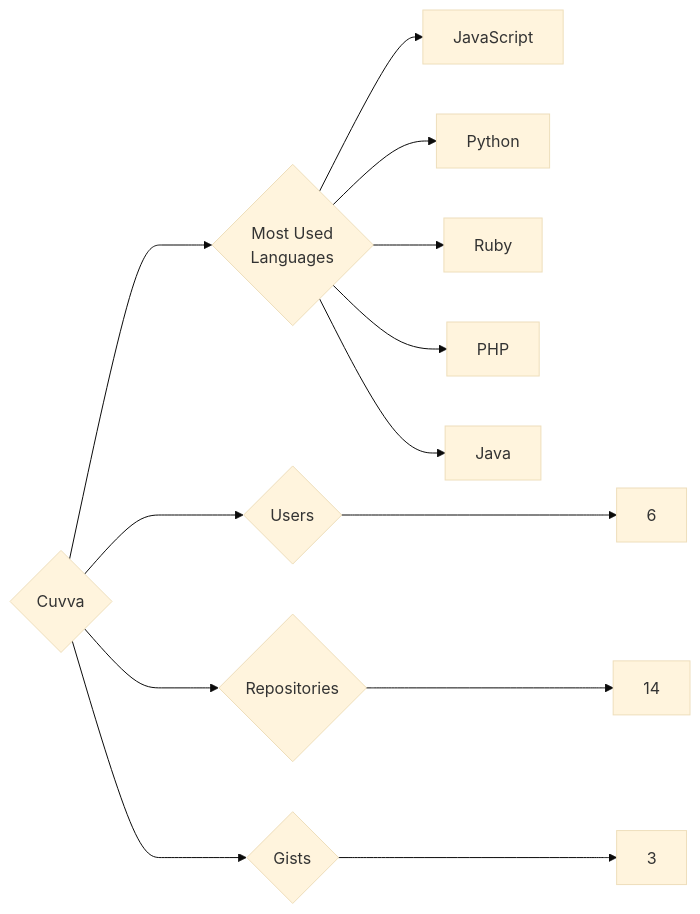
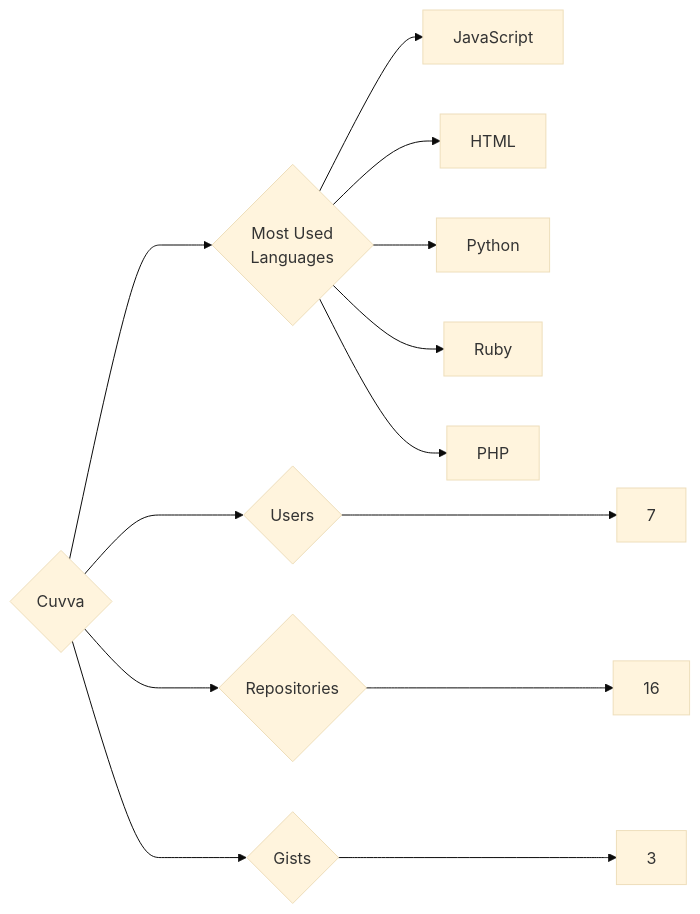
The diagram in targets/Cuvva/README.md (trickest/insiders), drawn with Mermaid (base theme) before and after one commit. The commit also changed 1167 other files, not shown here.

````diff
--- a/targets/Cuvva/README.md
+++ b/targets/Cuvva/README.md
@@ -3,13 +3,13 @@
 ```mermaid
 graph LR
 COMPANY_NAME{Cuvva}
-COMPANY_NAME ---> U{Users} ---> UN[6]
-COMPANY_NAME ---> R{Repositories} ---> RN[14]
+COMPANY_NAME ---> U{Users} ---> UN[7]
+COMPANY_NAME ---> R{Repositories} ---> RN[16]
 COMPANY_NAME ---> G{Gists} ---> GN[3]
 COMPANY_NAME ---> ML{Most Used<br>Languages}
 ML --> JavaScript[JavaScript]
+ML --> HTML[HTML]
 ML --> Python[Python]
 ML --> Ruby[Ruby]
 ML --> PHP[PHP]
-ML --> Java[Java]
 ```
````
